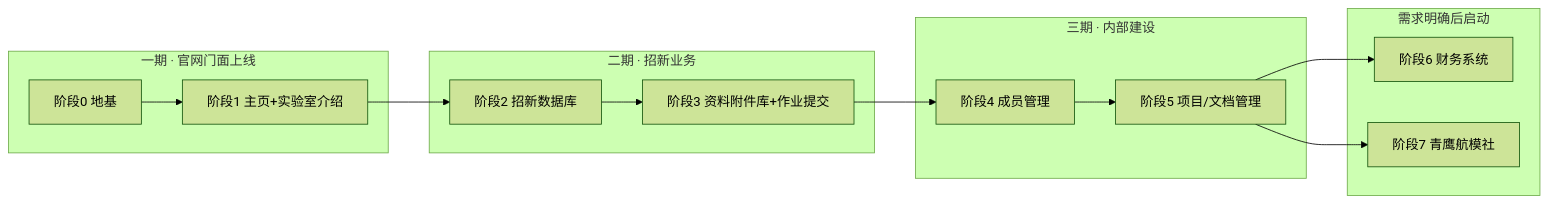
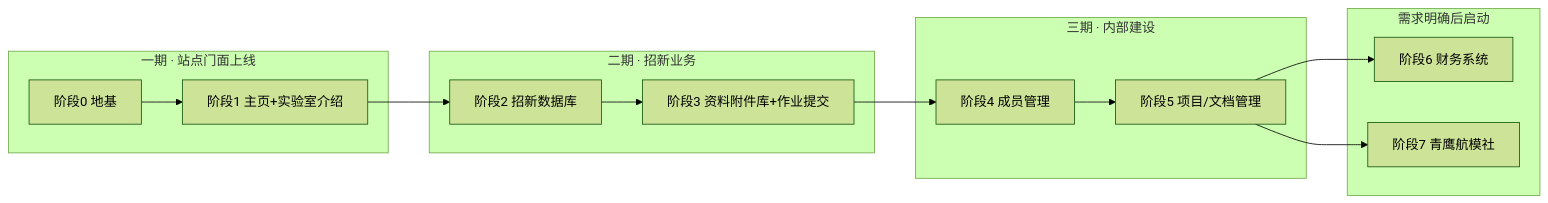
One commit to Mike-lin300/hfut-fvil changed the diagram in docs/FVIL官网建设计划.md. Above: the diagram before and after it, drawn with Mermaid (forest theme). The commit also changed other lines of this file and 9 other files, not shown here.

````diff
--- a/docs/FVIL官网建设计划.md
+++ b/docs/FVIL官网建设计划.md
@@ -42,18 +43,18 @@
 ```mermaid
 flowchart LR
-    subgraph 一期["一期 · 官网门面上线"]
+    subgraph 一期["一期 · 站点门面上线"]
         S0[阶段0 地基] --> S1[阶段1 主页+实验室介绍]
     end
     subgraph 二期["二期 · 招新业务"]
         S1 --> S2[阶段2 招新数据库]
         S2 --> S3[阶段3 资料附件库+作业提交]
     end
     subgraph 三期["三期 · 内部建设"]
         S3 --> S4[阶段4 成员管理]
         S4 --> S5[阶段5 项目/文档管理]
     end
     subgraph 待定["需求明确后启动"]
         S5 --> S6[阶段6 财务系统]
         S5 --> S7[阶段7 青鹰航模社]
     end
 ```
````
